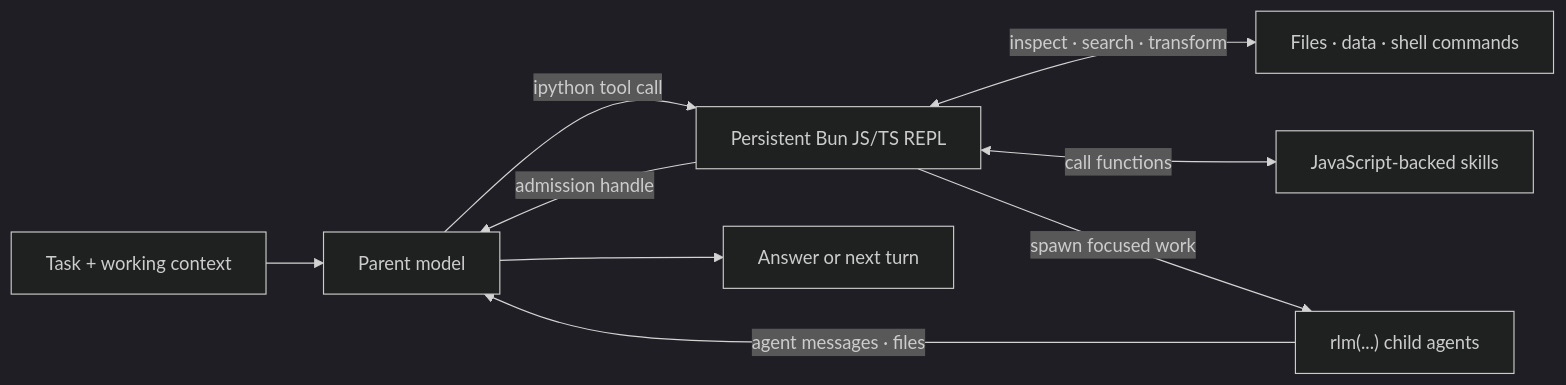
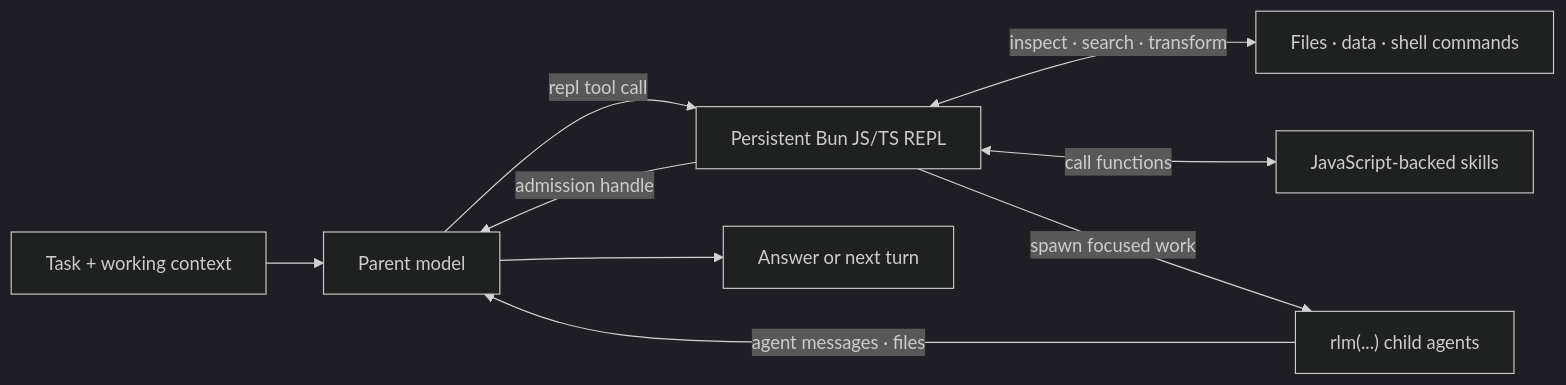
Before and after one commit to pde-rent/optimus-prime: the diagram in packages/coding-agent/docs/rlm.md, drawn with Mermaid (dark theme). The commit also changed other lines of this file and 134 other files, not shown here.

````diff
--- a/packages/coding-agent/docs/rlm.md
+++ b/packages/coding-agent/docs/rlm.md
@@ -7,19 +7,19 @@
 ```mermaid
 flowchart LR
     task["Task + working context"]
     parent["Parent model"]
     repl["Persistent Bun JS/TS REPL"]
     data["Files · data · shell commands"]
     skills["JavaScript-backed skills"]
     children["rlm(...) child agents"]
     answer["Answer or next turn"]
 
     task --> parent
-    parent -->|"ipython tool call"| repl
+    parent -->|"repl tool call"| repl
     repl <-->|"inspect · search · transform"| data
     repl <-->|"call functions"| skills
     repl -->|"spawn focused work"| children
     children -->|"agent messages · files"| parent
     repl -->|"admission handle"| parent
     parent --> answer
 ```
````
